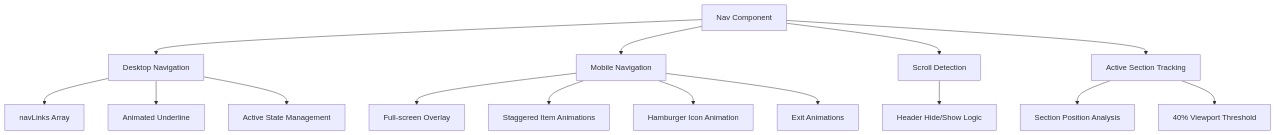
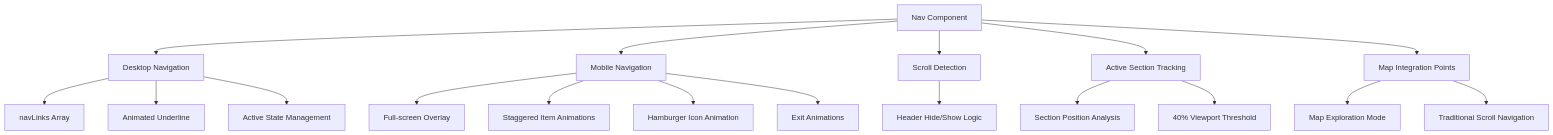
One commit to rakeshmaity271/frankie-picasso changed the eighth of 12 diagrams in .qoder/repowiki/en/content/Application Architecture.md. Above: the diagram before and after it, drawn with Mermaid. The commit also changed other lines of this file and 24 other files, not shown here.

````diff
--- a/.qoder/repowiki/en/content/Application Architecture.md
+++ b/.qoder/repowiki/en/content/Application Architecture.md
@@ -665,17 +876,20 @@
 ```mermaid
 flowchart TD
 Nav["Nav Component"] --> DesktopNav["Desktop Navigation"]
 Nav --> MobileNav["Mobile Navigation"]
 Nav --> ScrollDetection["Scroll Detection"]
 Nav --> ActiveTracking["Active Section Tracking"]
+Nav --> MapIntegration["Map Integration Points"]
 DesktopNav --> NavLinks["navLinks Array"]
 DesktopNav --> UnderlineAnim["Animated Underline"]
 DesktopNav --> ActiveState["Active State Management"]
 MobileNav --> MenuOverlay["Full-screen Overlay"]
 MobileNav --> StaggeredAnim["Staggered Item Animations"]
 MobileNav --> HamburgerAnim["Hamburger Icon Animation"]
 MobileNav --> ExitAnim["Exit Animations"]
 ScrollDetection --> HideShow["Header Hide/Show Logic"]
 ActiveTracking --> SectionAnalysis["Section Position Analysis"]
 ActiveTracking --> ViewportThreshold["40% Viewport Threshold"]
+MapIntegration --> MapNavigation["Map Exploration Mode"]
+MapIntegration --> TraditionalNavigation["Traditional Scroll Navigation"]
 ```
````
